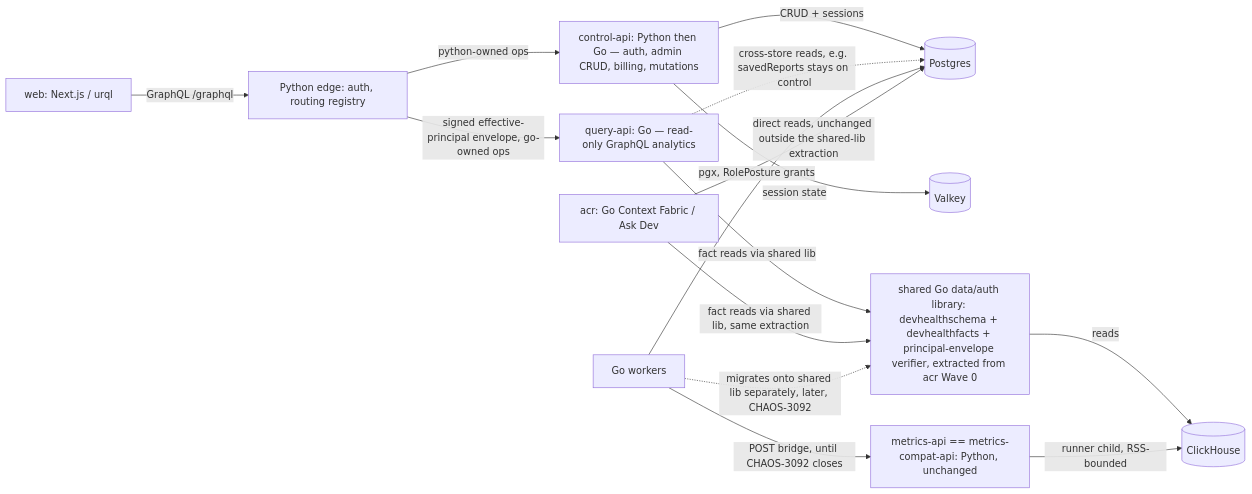
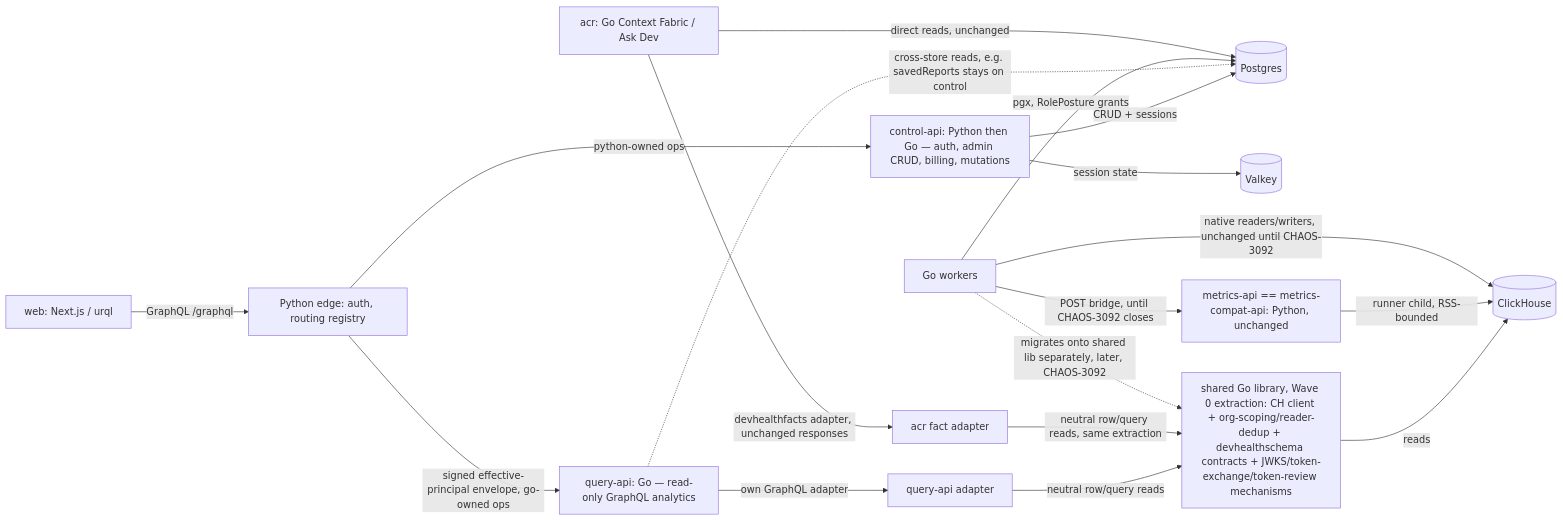
The second of 3 diagrams in .github/docs-legacy/plans/go-api-epic.md (full-chaos/dev-health-ops), drawn with Mermaid before and after one commit. The commit also changed other lines of this file, not shown here.

Commit message:
Address codex review: neutral row readers not devhealthfacts adapter shapes, query-api owns its own claim schema, restore worker->CH write edge

````diff
--- a/.github/docs-legacy/plans/go-api-epic.md
+++ b/.github/docs-legacy/plans/go-api-epic.md
@@ -133,17 +133,20 @@
 ```mermaid
 flowchart LR
   web[web: Next.js / urql] -->|GraphQL /graphql| edge[Python edge: auth, routing registry]
   edge -->|python-owned ops| control[control-api: Python then Go — auth, admin CRUD, billing, mutations]
   edge -->|signed effective-principal envelope, go-owned ops| query[query-api: Go — read-only GraphQL analytics]
   control -->|CRUD + sessions| pg[(Postgres)]
   control -->|session state| valkey[(Valkey)]
-  query -->|fact reads via shared lib| sharedlib[shared Go data/auth library: devhealthschema + devhealthfacts + principal-envelope verifier, extracted from acr Wave 0]
-  acr[acr: Go Context Fabric / Ask Dev] -->|fact reads via shared lib, same extraction| sharedlib
+  query -->|own GraphQL adapter| queryadapter[query-api adapter]
+  acr[acr: Go Context Fabric / Ask Dev] -->|devhealthfacts adapter, unchanged responses| acradapter[acr fact adapter]
+  queryadapter -->|neutral row/query reads| sharedlib[shared Go library, Wave 0 extraction: CH client + org-scoping/reader-dedup + devhealthschema contracts + JWKS/token-exchange/token-review mechanisms]
+  acradapter -->|neutral row/query reads, same extraction| sharedlib
   sharedlib -->|reads| ch[(ClickHouse)]
   query -.->|cross-store reads, e.g. savedReports stays on control| pg
   goworker[Go workers] -->|POST bridge, until CHAOS-3092 closes| metricsapi[metrics-api == metrics-compat-api: Python, unchanged]
   metricsapi -->|runner child, RSS-bounded| ch
   goworker -->|pgx, RolePosture grants| pg
+  goworker -->|native readers/writers, unchanged until CHAOS-3092| ch
   goworker -.->|migrates onto shared lib separately, later, CHAOS-3092| sharedlib
-  acr -->|direct reads, unchanged outside the shared-lib extraction| pg
+  acr -->|direct reads, unchanged| pg
 ```
````
